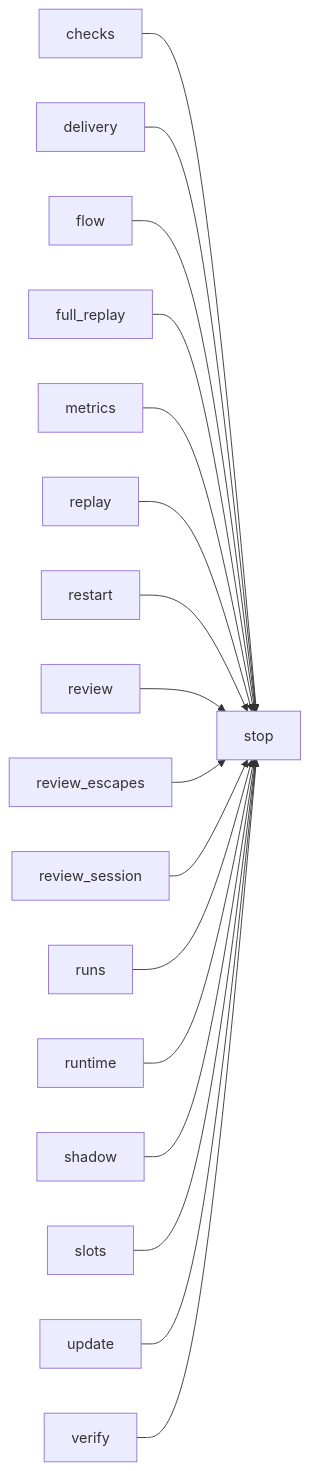
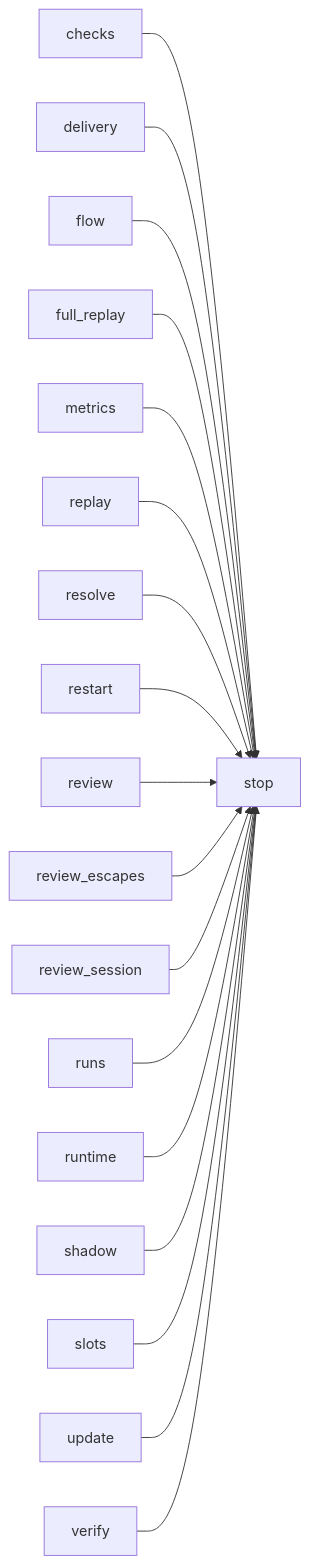
One commit to plaplanche/ariane changed the second of 2 diagrams in docs/architecture/modules/stop.md. Above: the diagram before and after it, drawn with Mermaid. The commit also changed 22 other files, not shown here.

````diff
--- a/docs/architecture/modules/stop.md
+++ b/docs/architecture/modules/stop.md
@@ -52,19 +52,20 @@
 ```mermaid
 flowchart LR
   checks --> stop
   delivery --> stop
   flow --> stop
   full_replay --> stop
   metrics --> stop
   replay --> stop
+  resolve --> stop
   restart --> stop
   review --> stop
   review_escapes --> stop
   review_session --> stop
   runs --> stop
   runtime --> stop
   shadow --> stop
   slots --> stop
   update --> stop
   verify --> stop
 ```
````
